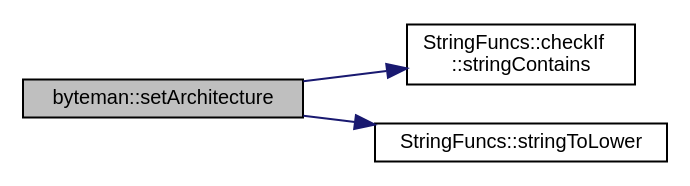
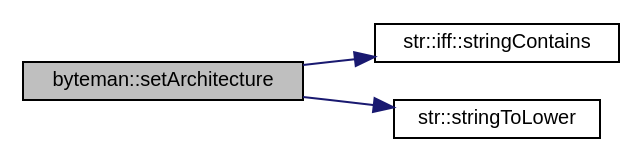
One commit to FPGA-Research-Manchester/byteman changed the diagram in classbyteman_a035f9f0419ab25a7463ff44117c1f5e0_cgraph.dot. Above: the diagram before and after it, drawn with Graphviz. The commit also changed 582 other files, not shown here.

```diff
--- a/classbyteman_a035f9f0419ab25a7463ff44117c1f5e0_cgraph.dot
+++ b/classbyteman_a035f9f0419ab25a7463ff44117c1f5e0_cgraph.dot
@@ -1,13 +1,13 @@
 digraph "byteman::setArchitecture"
 {
  // INTERACTIVE_SVG=YES
  // LATEX_PDF_SIZE
   edge [fontname="Helvetica",fontsize="10",labelfontname="Helvetica",labelfontsize="10"];
   node [fontname="Helvetica",fontsize="10",shape=record];
   rankdir="LR";
   Node1 [label="byteman::setArchitecture",height=0.2,width=0.4,color="black", fillcolor="grey75", style="filled", fontcolor="black",tooltip=" "];
   Node1 -> Node2 [color="midnightblue",fontsize="10",style="solid",fontname="Helvetica"];
-  Node2 [label="StringFuncs::checkIf\l::stringContains",height=0.2,width=0.4,color="black", fillcolor="white", style="filled",URL="$namespaceStringFuncs_1_1checkIf.html#a64521ae9d7929ba91335111fd918e970",tooltip=" "];
+  Node2 [label="str::iff::stringContains",height=0.2,width=0.4,color="black", fillcolor="white", style="filled",URL="$namespacestr_1_1iff.html#a1f19550a10f93dcfadd366fedf6bec90",tooltip=" "];
   Node1 -> Node3 [color="midnightblue",fontsize="10",style="solid",fontname="Helvetica"];
-  Node3 [label="StringFuncs::stringToLower",height=0.2,width=0.4,color="black", fillcolor="white", style="filled",URL="$namespaceStringFuncs.html#ad10abb222461616764fb4e5a1a5433d9",tooltip=" "];
+  Node3 [label="str::stringToLower",height=0.2,width=0.4,color="black", fillcolor="white", style="filled",URL="$namespacestr.html#a105c2a28a97e18e146cd18c000d2ecf5",tooltip=" "];
 }
```
